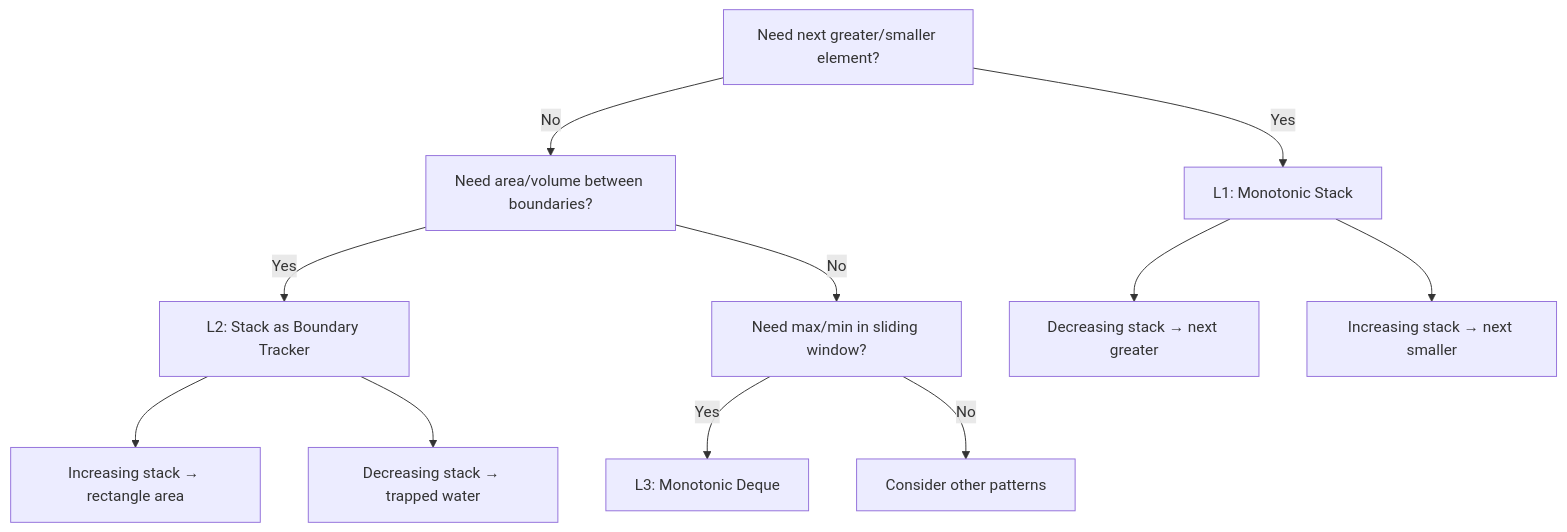
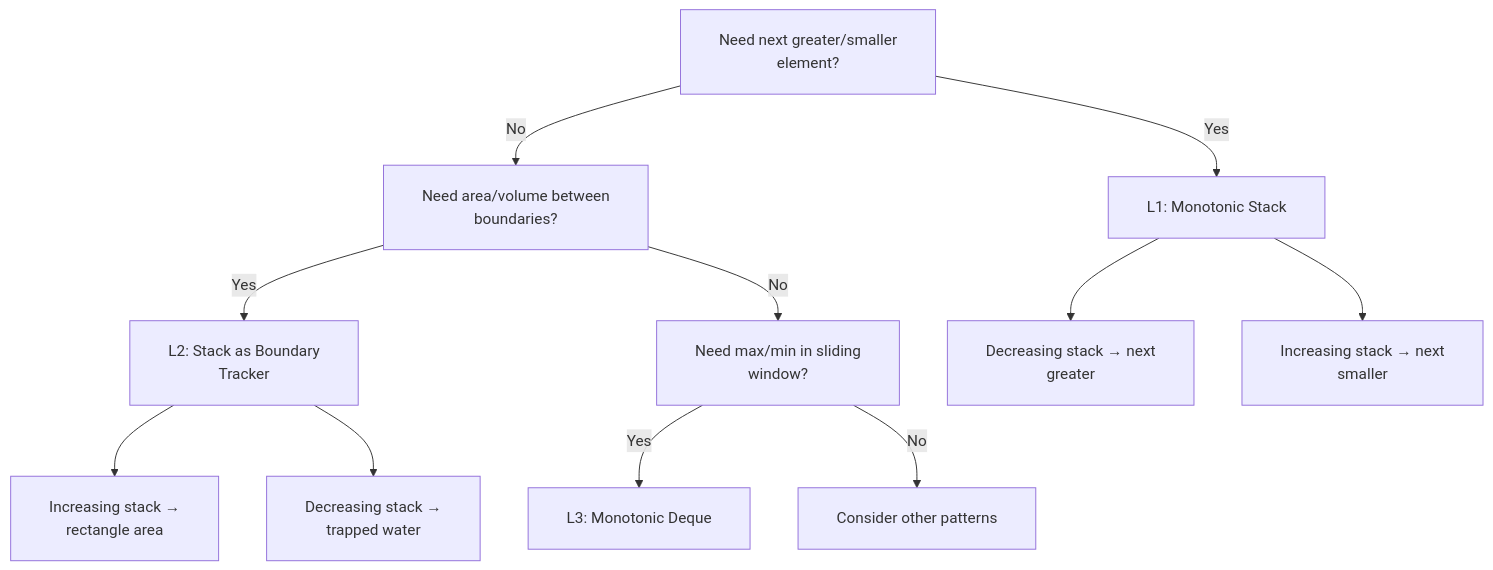
The diagram in traversal guides/10_monotonic_stack/monotonic_stack_mastery_guide.md (dip4k/DSA_102), drawn with Mermaid before and after one commit. The commit also changed 108 other files, not shown here.

First line of the commit message:
fix(mermaid): resolve diagram clipping, padding, and syntax issues across repo

````diff
--- a/traversal guides/10_monotonic_stack/monotonic_stack_mastery_guide.md
+++ b/traversal guides/10_monotonic_stack/monotonic_stack_mastery_guide.md
@@ -512,13 +512,14 @@
 ```mermaid
+%%{init: {"flowchart": {"htmlLabels": true, "padding": 20}}}%%
 flowchart TD
-    A["Need next greater/smaller element?"] -->|Yes| B["L1: Monotonic Stack"]
-    A -->|No| C["Need area/volume between boundaries?"]
-    C -->|Yes| D["L2: Stack as Boundary Tracker"]
-    C -->|No| E["Need max/min in sliding window?"]
+    A["Need next greater/smaller<br/>element?"] -->|Yes| B["L1: Monotonic Stack"]
+    A -->|No| C["Need area/volume between<br/>boundaries?"]
+    C -->|Yes| D["L2: Stack as Boundary<br/>Tracker"]
+    C -->|No| E["Need max/min in sliding<br/>window?"]
     E -->|Yes| F["L3: Monotonic Deque"]
     E -->|No| G["Consider other patterns"]
-    B --> B1["Decreasing stack → next greater"]
-    B --> B2["Increasing stack → next smaller"]
-    D --> D1["Increasing stack → rectangle area"]
-    D --> D2["Decreasing stack → trapped water"]
+    B --> B1["Decreasing stack → next<br/>greater"]
+    B --> B2["Increasing stack → next<br/>smaller"]
+    D --> D1["Increasing stack →<br/>rectangle area"]
+    D --> D2["Decreasing stack →<br/>trapped water"]
 ```
````
